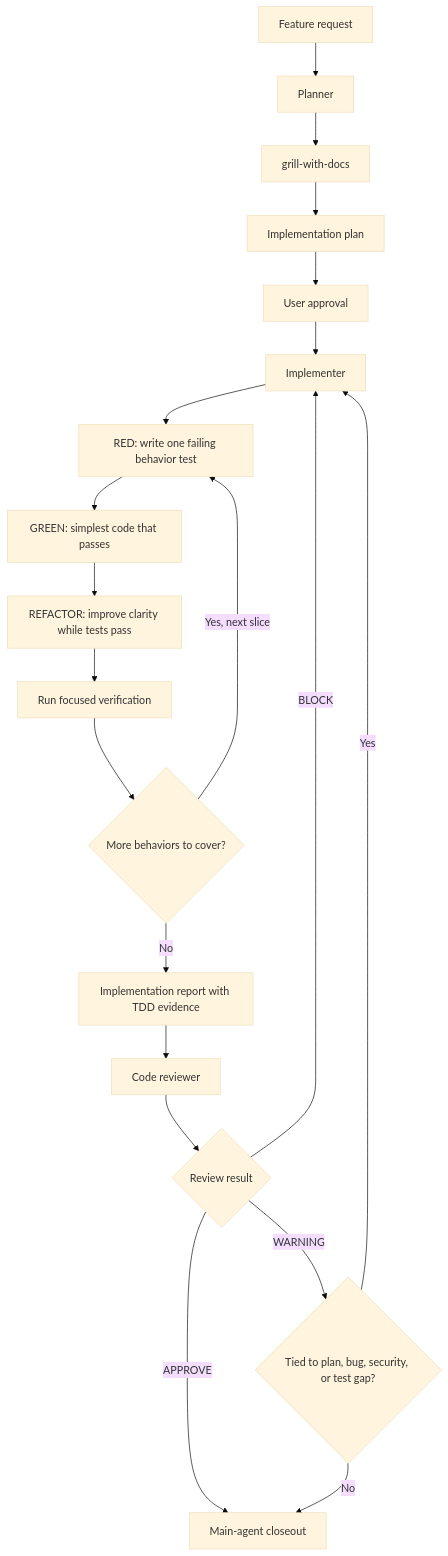
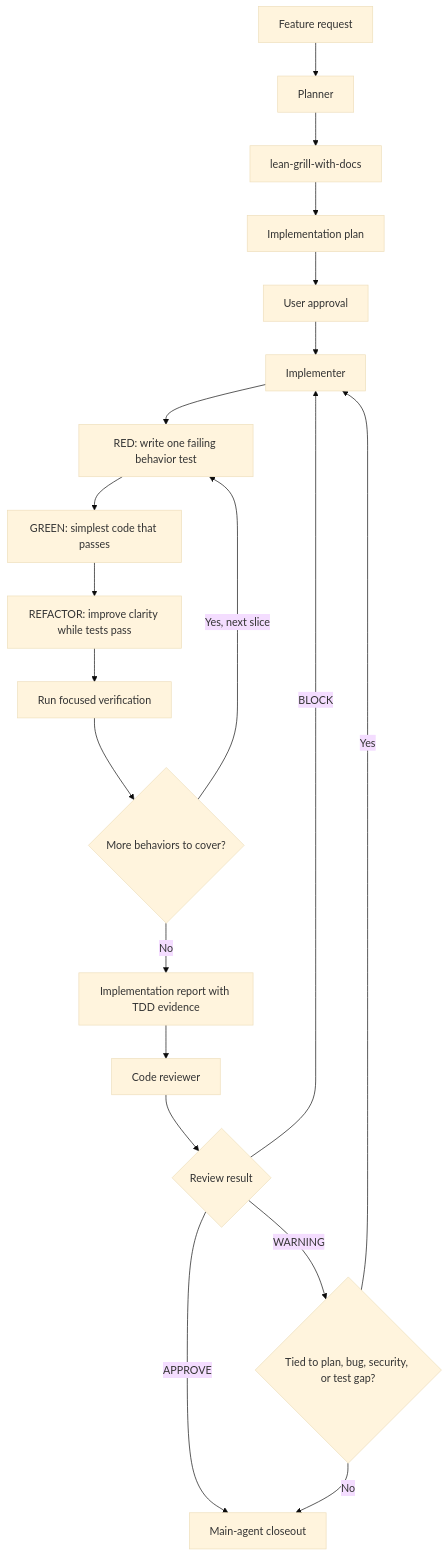
The diagram in docs/workflows/feature-development.md (aloilor/lean-coding-agent), drawn with Mermaid (base theme) before and after one commit. The commit also changed other lines of this file and 24 other files, not shown here.

Commit message:
refactor(skills): rename grill-with-docs to lean-grill-with-docs

````diff
--- a/docs/workflows/feature-development.md
+++ b/docs/workflows/feature-development.md
@@ -21,22 +21,22 @@
 ```mermaid
 flowchart TD
     A[Feature request] --> B[Planner]
-    B --> C[grill-with-docs]
+    B --> C[lean-grill-with-docs]
     C --> D[Implementation plan]
     D --> E[User approval]
     E --> F[Implementer]
     F --> G[RED: write one failing behavior test]
     G --> H[GREEN: simplest code that passes]
     H --> I[REFACTOR: improve clarity while tests pass]
     I --> J[Run focused verification]
     J --> K{More behaviors to cover?}
     K -->|Yes, next slice| G
     K -->|No| L[Implementation report with TDD evidence]
     L --> M[Code reviewer]
     M --> N{Review result}
     N -->|APPROVE| O[Main-agent closeout]
     N -->|BLOCK| F
     N -->|WARNING| P{Tied to plan, bug, security, or test gap?}
     P -->|Yes| F
     P -->|No| O
 ```
````
